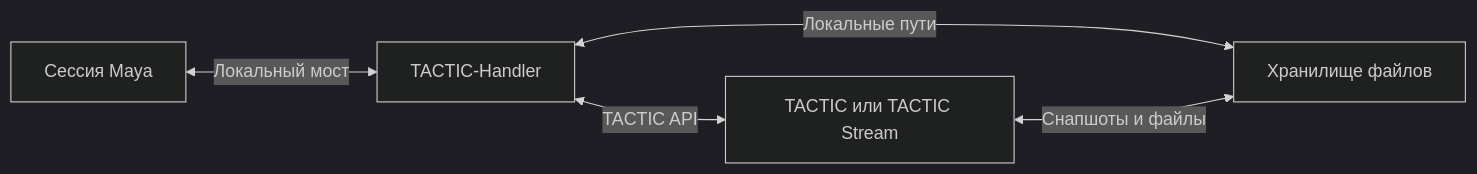
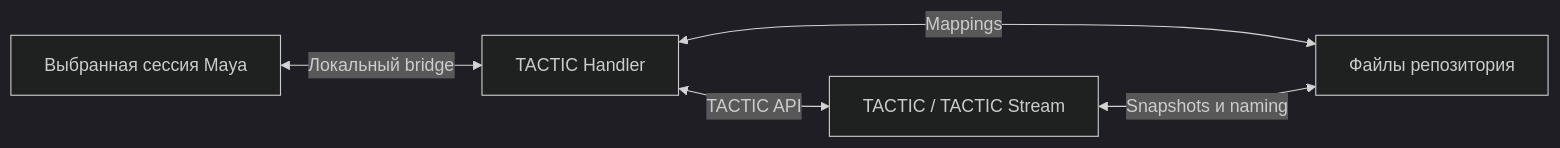
One commit to listyque/TACTIC-Handler changed the third of 3 diagrams in README.ru.md. Above: the diagram before and after it, drawn with Mermaid (dark theme). The commit also changed other lines of this file and 35 other files, not shown here.

````diff
--- a/README.ru.md
+++ b/README.ru.md
@@ -46,7 +379,7 @@
 ```mermaid
 flowchart LR
-    Maya["Сессия Maya"] <-->|Локальный мост| Handler["TACTIC-Handler"]
-    Handler <-->|TACTIC API| Server["TACTIC или TACTIC Stream"]
-    Handler <-->|Локальные пути| Storage["Хранилище файлов"]
-    Server <-->|Снапшоты и файлы| Storage
+    Maya["Выбранная сессия Maya"] <-->|Локальный bridge| Handler["TACTIC Handler"]
+    Handler <-->|TACTIC API| Server["TACTIC / TACTIC Stream"]
+    Handler <-->|Mappings| Files["Файлы репозитория"]
+    Server <-->|Snapshots и naming| Files
 ```
````
